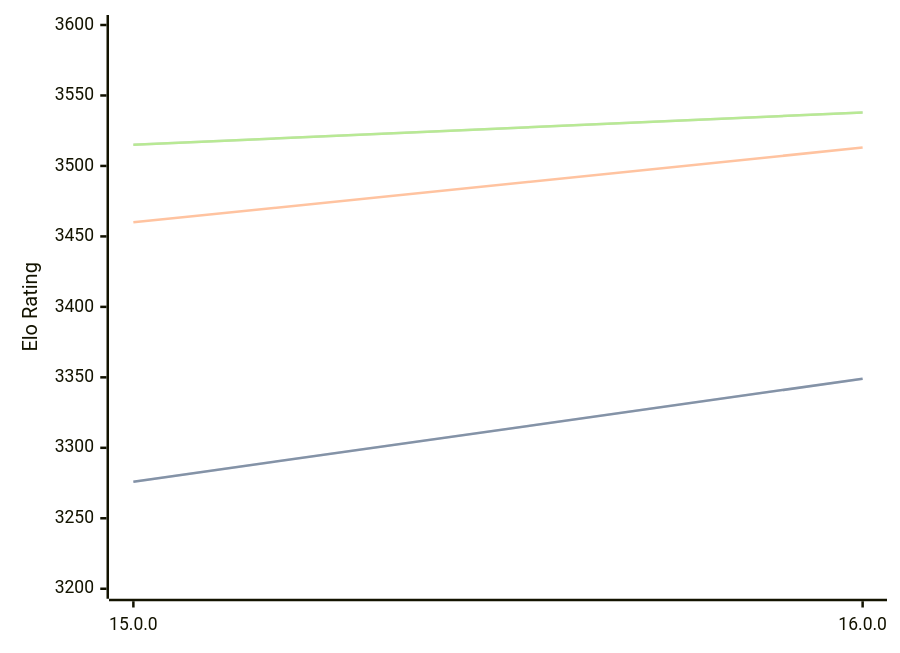
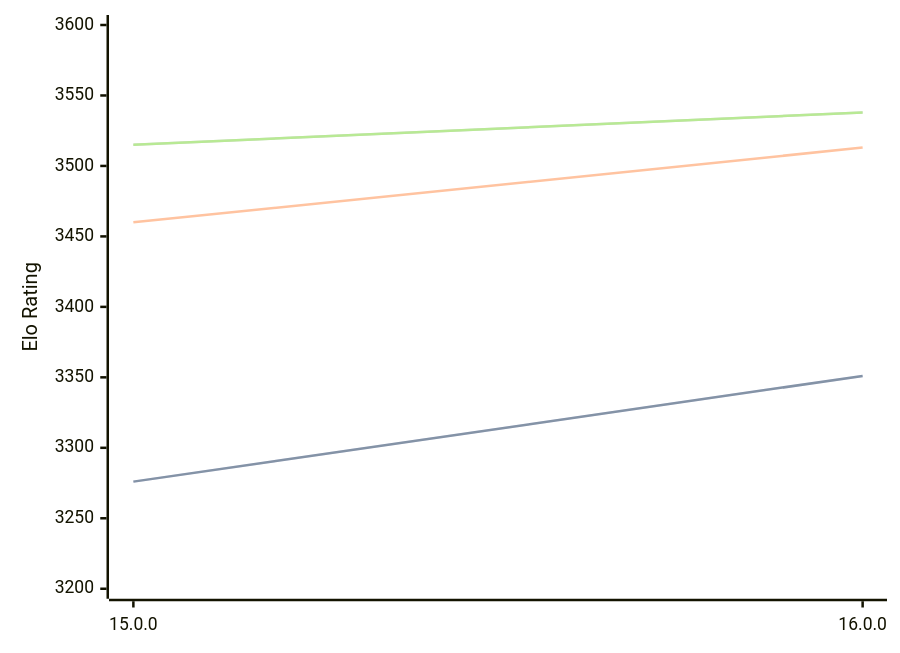
One commit to computer-chess-index/cci changed the diagram in engines/Halogen.md. Above: the diagram before and after it, drawn with Mermaid. The commit also changed other lines of this file, not shown here.

````diff
--- a/engines/Halogen.md
+++ b/engines/Halogen.md
@@ -50,11 +50,11 @@
 ```mermaid
 %%{init: {"theme":"base","themeVariables":{"seriesColors:['#a3a3a3','#222221','#faa371']}}}%%
 xychart-beta
   x-axis ["15.0.0", "16.0.0"]
   y-axis "Elo Rating" 3200 --> 3600
-  line "STC (8.0+0.08s)" [3276, 3349]
-  line "STC (8.0+0.08s)" [3276, 3349]
+  line "STC (8.0+0.08s)" [3276, 3351]
+  line "STC (8.0+0.08s)" [3276, 3351]
   line "LTC (60.0+0.60s)" [3460, 3513]
   line "VLTC (2m24s+1.12s)" [3515, 3538]
   line "VLTC (2m24s+1.12s)" [3515, 3538]
 ```
````
